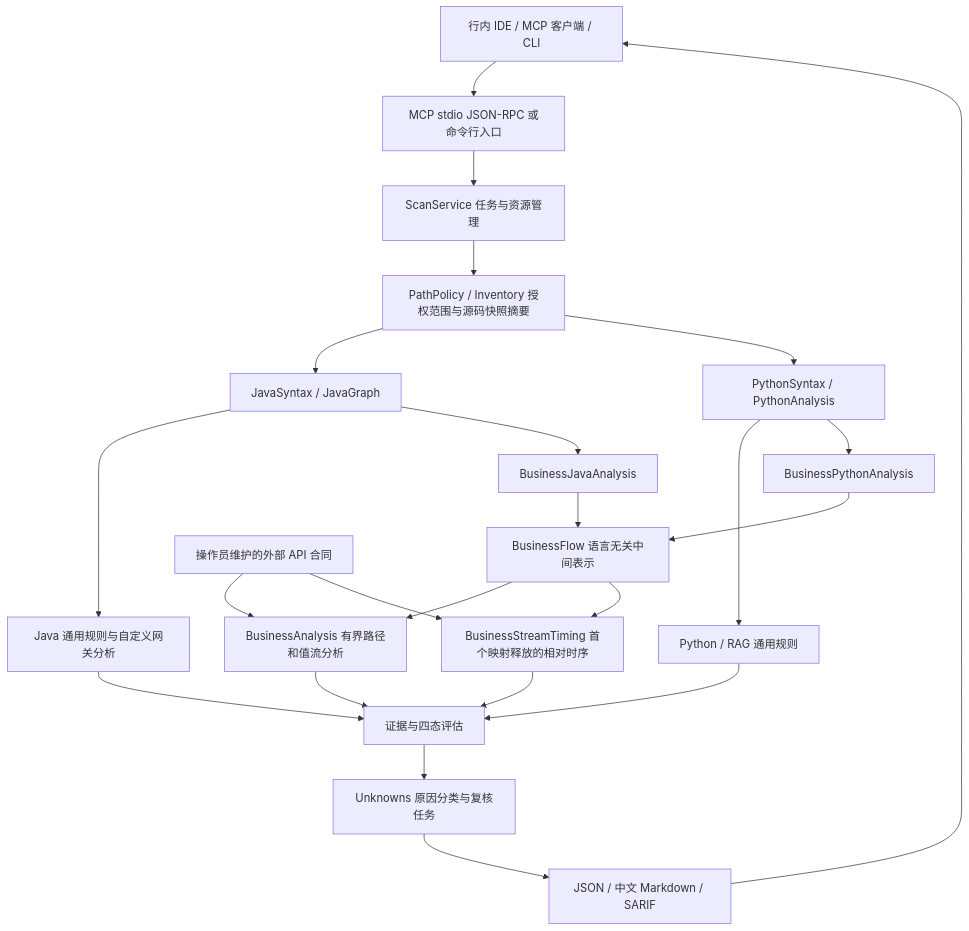
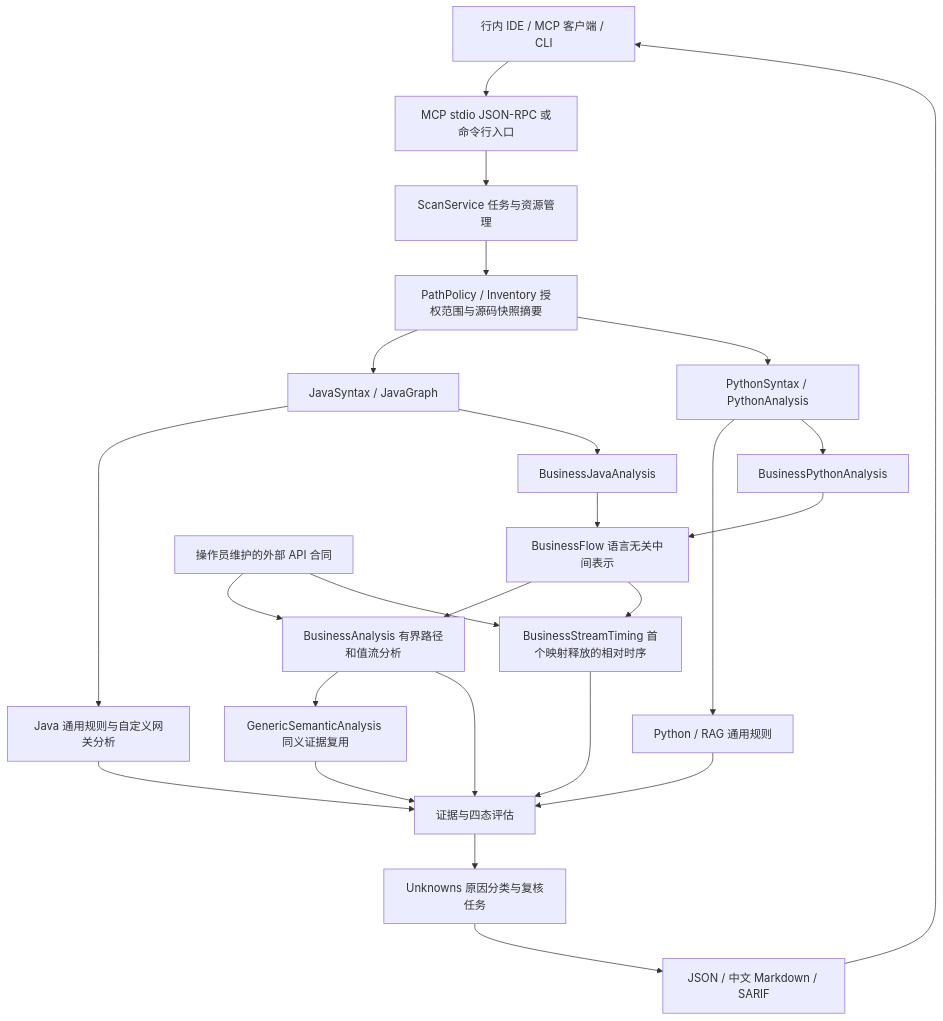
One commit to maochendong/ai-guardrail-scanner changed the diagram in docs/technical-architecture.md. Above: the diagram before and after it, drawn with Mermaid. The commit also changed other lines of this file and 25 other files, not shown here.

Commit message:
feat: reuse external semantic contracts in generic guardrail rules

````diff
--- a/docs/technical-architecture.md
+++ b/docs/technical-architecture.md
@@ -5,25 +5,27 @@
 ```mermaid
 flowchart TD
     A[行内 IDE / MCP 客户端 / CLI] --> B[MCP stdio JSON-RPC 或命令行入口]
     B --> C[ScanService 任务与资源管理]
     C --> D[PathPolicy / Inventory 授权范围与源码快照摘要]
     D --> E[JavaSyntax / JavaGraph]
     D --> F[PythonSyntax / PythonAnalysis]
     E --> G[Java 通用规则与自定义网关分析]
     F --> H[Python / RAG 通用规则]
     E --> I[BusinessJavaAnalysis]
     F --> J[BusinessPythonAnalysis]
     I --> K[BusinessFlow 语言无关中间表示]
     J --> K
     P[操作员维护的外部 API 合同] --> L[BusinessAnalysis 有界路径和值流分析]
+    L --> Q[GenericSemanticAnalysis 同义证据复用]
+    Q --> M
     K --> L
     K --> T[BusinessStreamTiming 首个映射释放的相对时序]
     P --> T
     G --> M[证据与四态评估]
     H --> M
     L --> M
     T --> M
     M --> N[Unknowns 原因分类与复核任务]
     N --> O[JSON / 中文 Markdown / SARIF]
     O --> A
 ```
````
